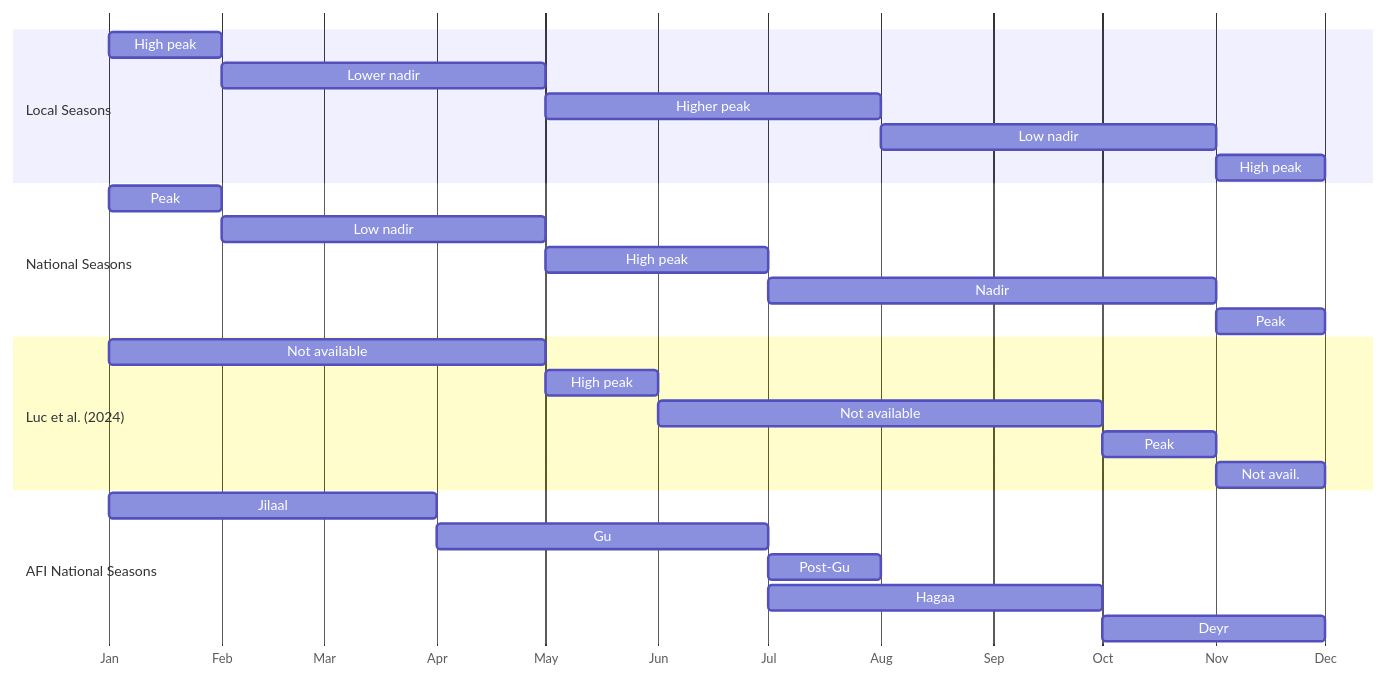
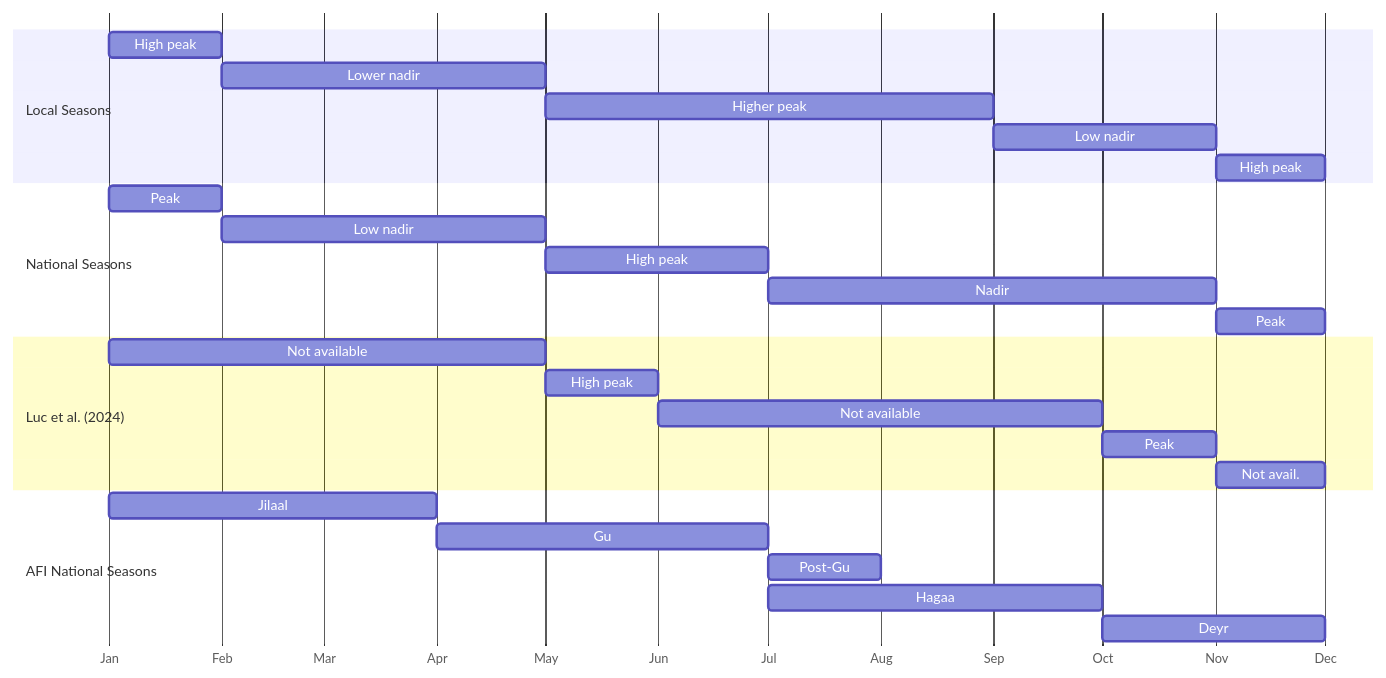
Before and after one commit to nutimes/som-sam-admit: the eighth of 10 diagrams in report.qmd, drawn with Mermaid. The commit also changed other lines of this file, not shown here.

````diff
--- a/report.qmd
+++ b/report.qmd
@@ -720,37 +731,37 @@
 ```{mermaid}
 %%| label: fig-afi-amn-calendar-agropastoral
 %%| fig-cap: AMN seasonal calendar *versus* AFI seasonal calendar
 
 gantt
     dateFormat M
     axisFormat %b
     todayMarker off
 
     section Local Seasons
     High peak :amn1, 1, 2
     Lower nadir :amn2, 2, 5
-    Higher peak :amn3, 5, 8
-    Low nadir :amn4, 8, 11
+    Higher peak :amn3, 5, 9
+    Low nadir :amn4, 9, 11
     High peak : amn5, 11, 12
 
     section National Seasons
     Peak :ntl1, 1, 2
     Low nadir :ntl2, 2, 5
     High peak :ntl3, 5, 7
     Nadir :ntl4, 7, 11
     Peak :ntl5, 11, 12
 
     section Luc et al. (2024)
     Not available :luc1, 1, 5
     High peak :luc2, 5, 6
     Not available :luc3, 6, 10
     Peak :luc4, 10, 11
     Not avail. :luc5, 11, 12
 
     section AFI National Seasons
     Jilaal :afi1, 1, 4
     Gu     :afi2, 4, 7
     Post-Gu:afi3, 7, 8
     Hagaa  :afi4, 7, 10
     Deyr   :afi5, 10, 12
 ```
````
